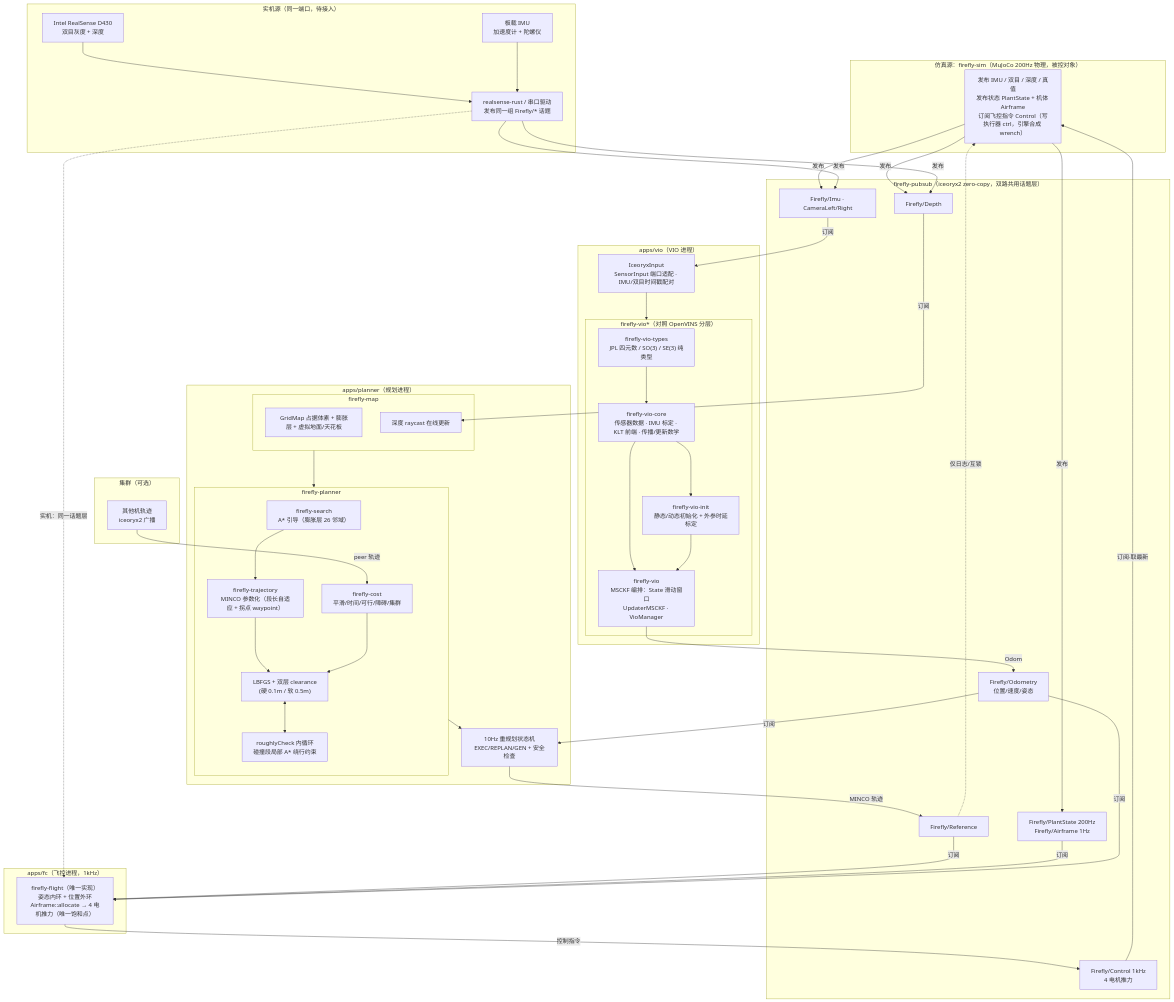
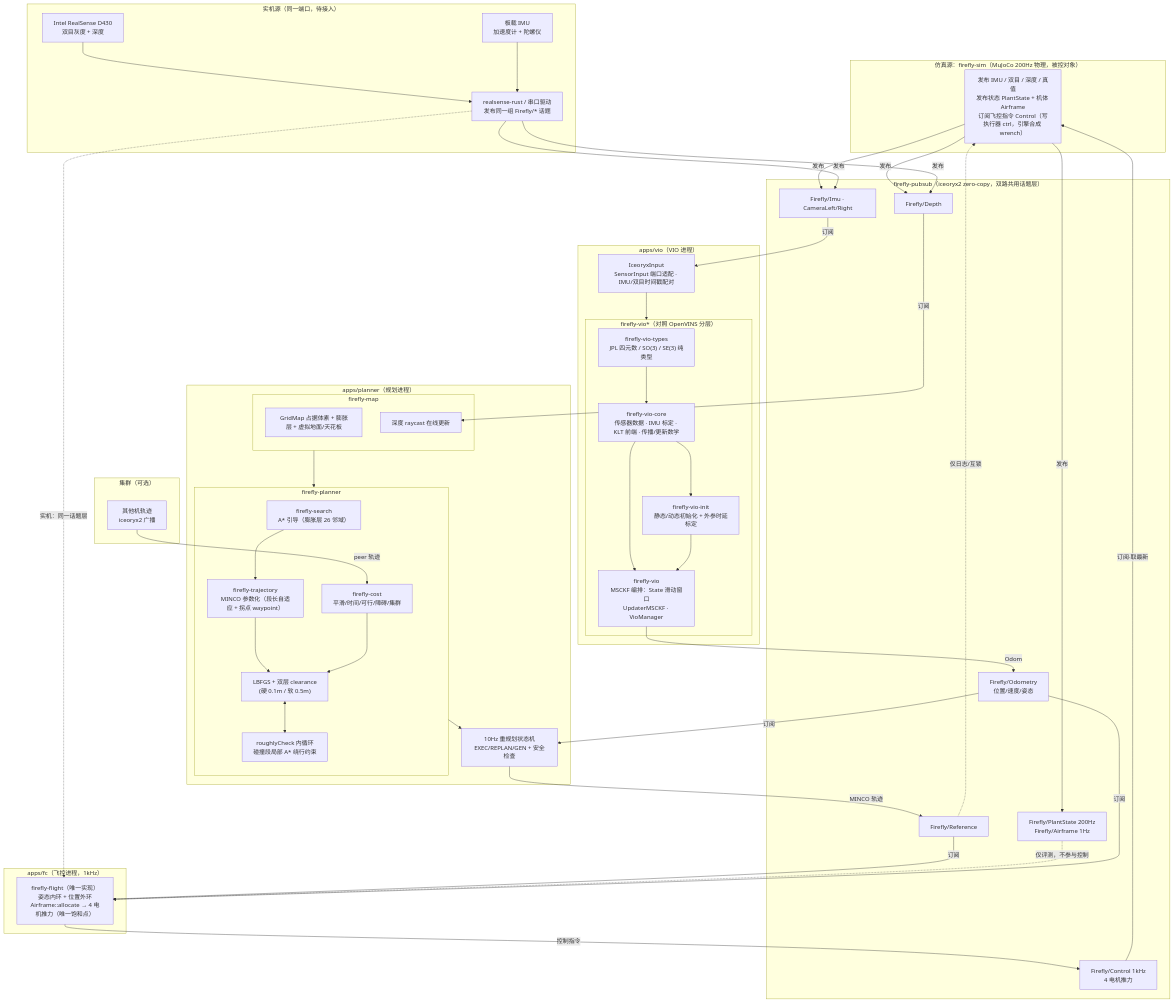
One commit to 3SE-Competitive-Robotics-Team/firefly changed the first of 2 diagrams in docs/architecture.md. Above: the diagram before and after it, drawn with Mermaid. The commit also changed other lines of this file and 29 other files, not shown here.

```diff
--- a/docs/architecture.md
+++ b/docs/architecture.md
@@ -80,7 +80,7 @@
     PEER -->|peer 轨迹| COST
     FSM -->|MINCO 轨迹| TOPIC_REF
     TOPIC_REF -->|订阅| FLIGHT
-    TOPIC_PLANT -->|订阅| FLIGHT
+    TOPIC_PLANT -.->|仅评测，不参与控制| FLIGHT
     TOPIC_ODOM -->|订阅| FLIGHT
     FLIGHT -->|控制指令| TOPIC_CTRL
     TOPIC_CTRL -->|订阅·取最新| SIMP
```
